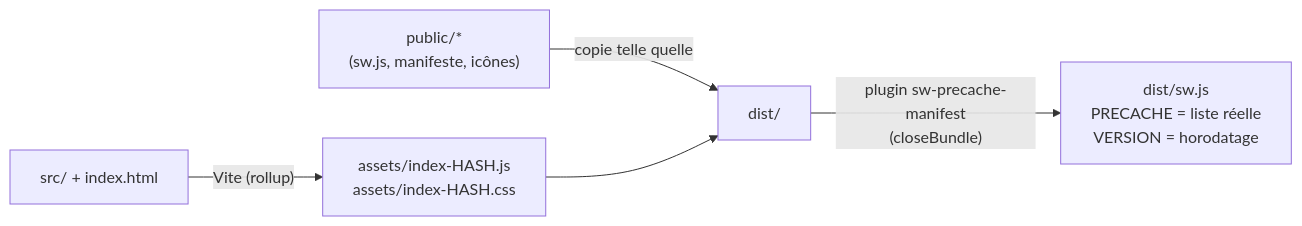
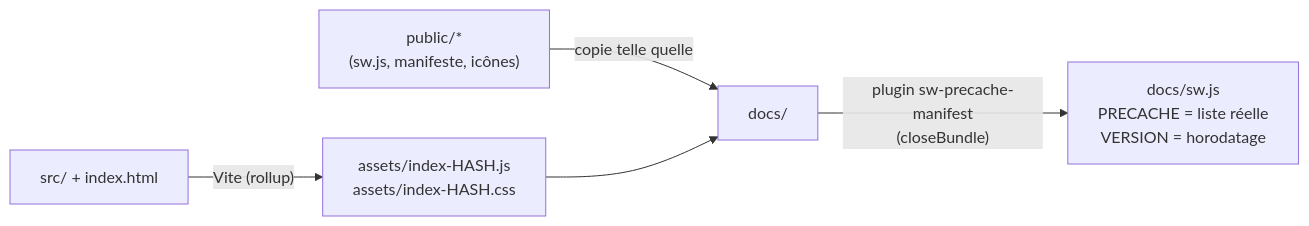
One commit to Studio-Horizon-IA/app-offices-et-psalmodie changed the fourth of 4 diagrams in documentation/architecture/01-contexte.md. Above: the diagram before and after it, drawn with Mermaid. The commit also changed other lines of this file and 4 other files, not shown here.

````diff
--- a/documentation/architecture/01-contexte.md
+++ b/documentation/architecture/01-contexte.md
@@ -89,7 +89,7 @@
 ```mermaid
 flowchart LR
     src["src/ + index.html"] -->|"Vite (rollup)"| bundle["assets/index-HASH.js<br/>assets/index-HASH.css"]
-    pub["public/*<br/>(sw.js, manifeste, icônes)"] -->|"copie telle quelle"| dist2["dist/"]
+    pub["public/*<br/>(sw.js, manifeste, icônes)"] -->|"copie telle quelle"| dist2["docs/"]
     bundle --> dist2
-    dist2 -->|"plugin sw-precache-manifest<br/>(closeBundle)"| swfinal["dist/sw.js<br/>PRECACHE = liste réelle<br/>VERSION = horodatage"]
+    dist2 -->|"plugin sw-precache-manifest<br/>(closeBundle)"| swfinal["docs/sw.js<br/>PRECACHE = liste réelle<br/>VERSION = horodatage"]
 ```
````
